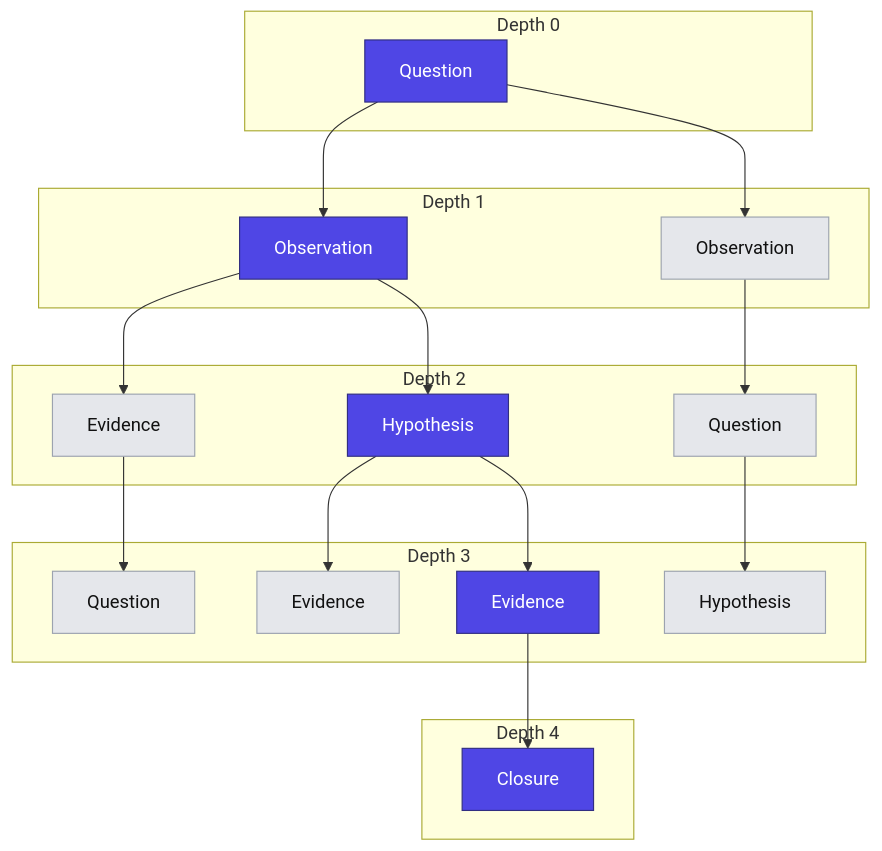
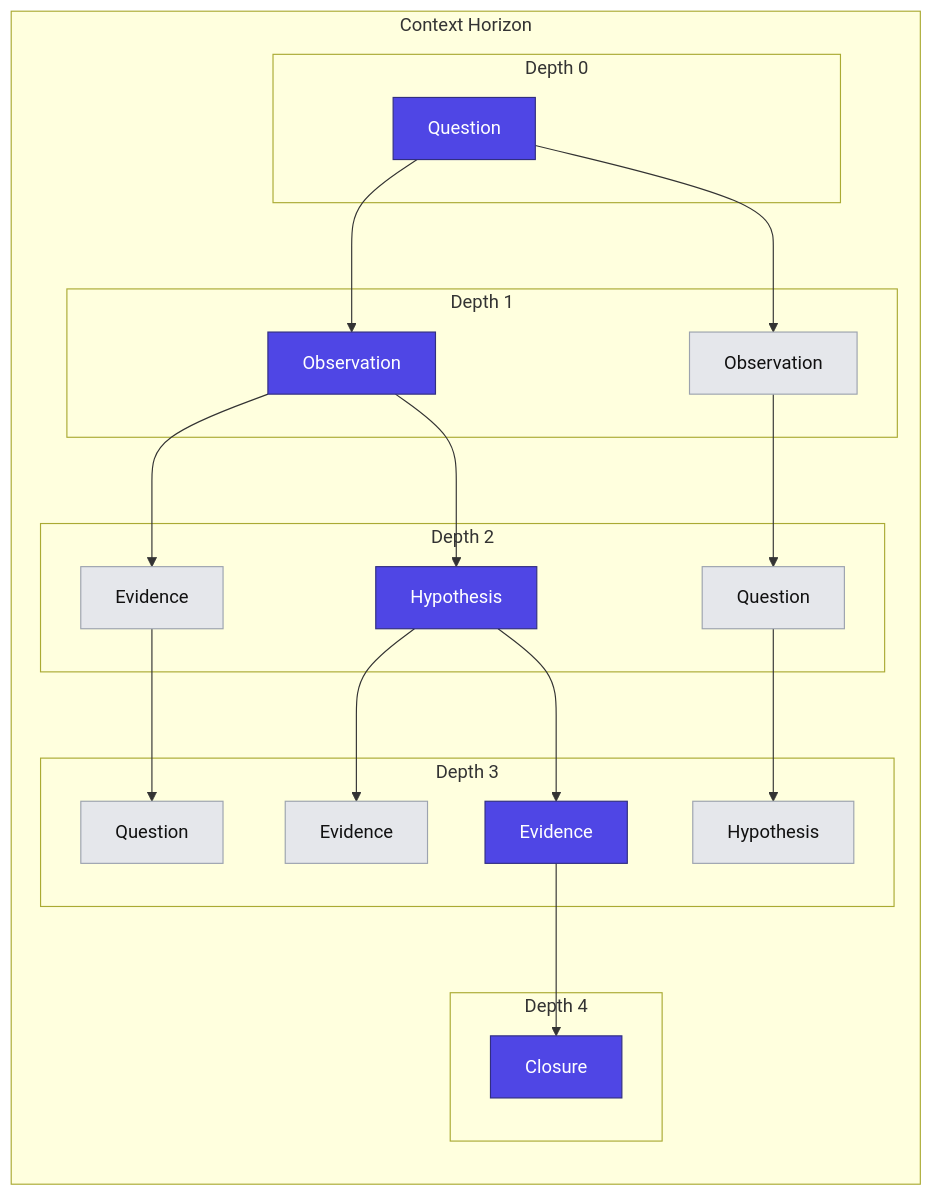
The second of 7 diagrams in content/commons/01-overview.mdx (clairemira/miranova), drawn with Mermaid before and after one commit. The commit also changed other lines of this file, not shown here.

Commit message:
Docs and graphs for Correspondence

````diff
--- a/content/commons/01-overview.mdx
+++ b/content/commons/01-overview.mdx
@@ -274,49 +276,53 @@
 ```mermaid
 graph TD
 
-  subgraph D0["Depth 0"]
-    A["Question"]
+  subgraph CH["Context Horizon"]
+    direction TB
+
+    subgraph D0["Depth 0"]
+      A["Question"]
+    end
+
+    subgraph D1["Depth 1"]
+      B["Observation"]
+      C["Observation"]
+    end
+
+    subgraph D2["Depth 2"]
+      D["Evidence"]
+      E["Hypothesis"]
+      F["Question"]
+    end
+
+    subgraph D3["Depth 3"]
+      G["Question"]
+      H["Evidence"]
+      I["Evidence"]
+      J["Hypothesis"]
+    end
+
+    subgraph D4["Depth 4"]
+      K["Closure"]
+    end
+
+    A --> B
+    A --> C
+
+    B --> D
+    B --> E
+    C --> F
+
+    D --> G
+    E --> H
+    E --> I
+    F --> J
+
+    I --> K
   end
-
-  subgraph D1["Depth 1"]
-    B["Observation"]
-    C["Observation"]
-  end
-
-  subgraph D2["Depth 2"]
-    D["Evidence"]
-    E["Hypothesis"]
-    F["Question"]
-  end
-
-  subgraph D3["Depth 3"]
-    G["Question"]
-    H["Evidence"]
-    I["Evidence"]
-    J["Hypothesis"]
-  end
-
-  subgraph D4["Depth 4"]
-    K["Closure"]
-  end
-
-  A --> B
-  A --> C
-
-  B --> D
-  B --> E
-  C --> F
-
-  D --> G
-  E --> H
-  E --> I
-  F --> J
-
-  I --> K
 
   class A,B,E,I,K longestPath
   class D,F,G,H,J,C otherNode
 
   classDef longestPath fill:#4f46e5,stroke:#312e81,color:#fff
   classDef otherNode fill:#e5e7eb,stroke:#9ca3af,color:#111
 ```
````
